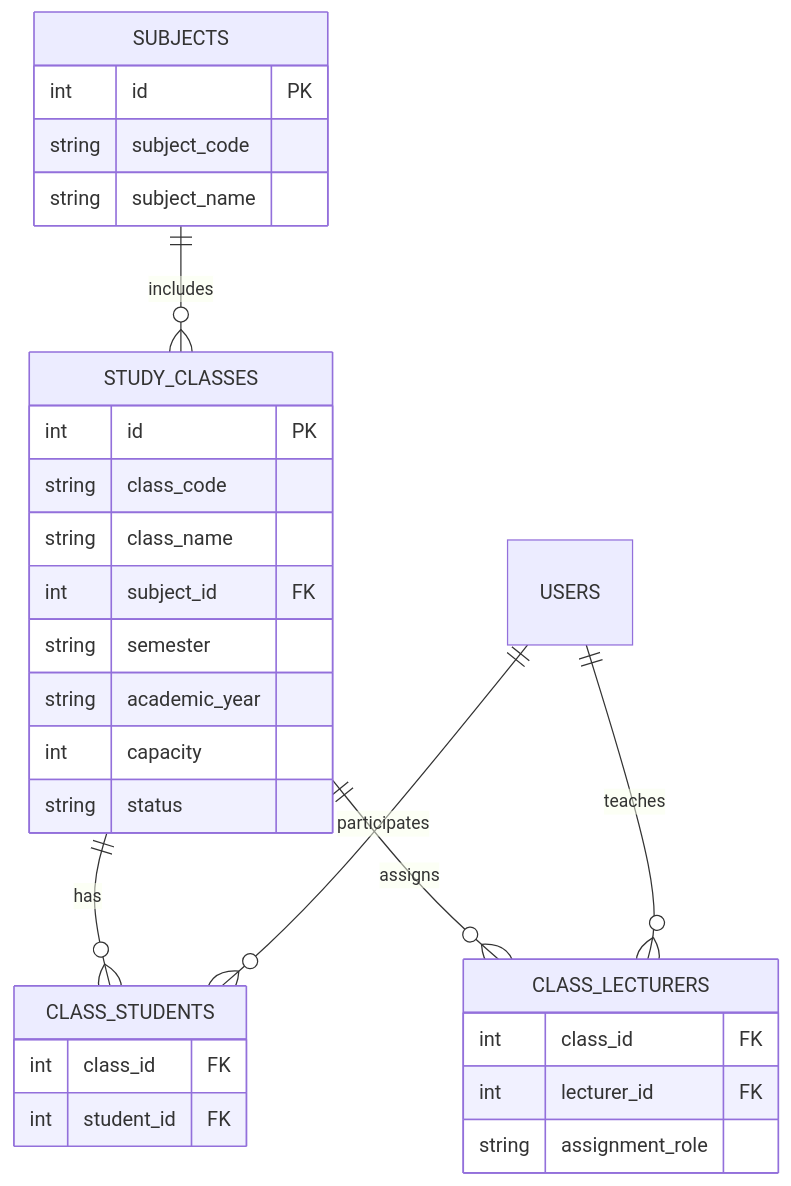
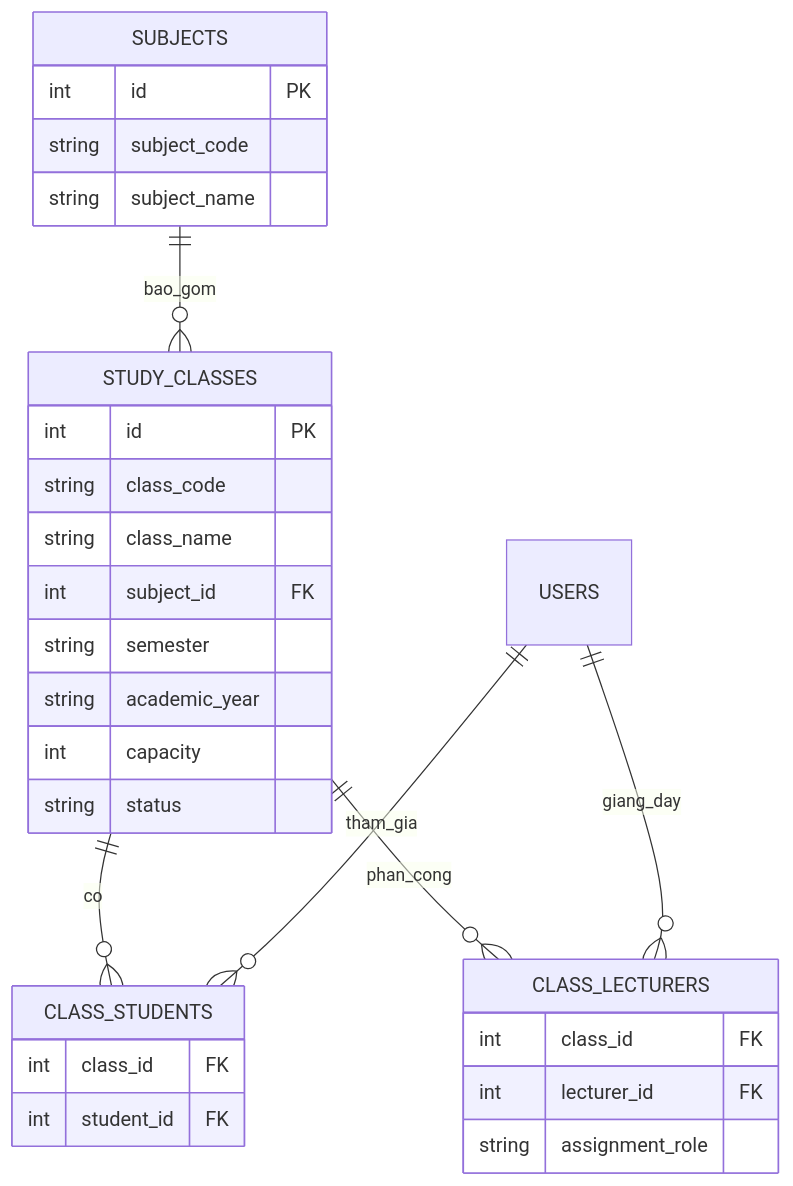
Before and after one commit to nguyenminhthien140906-dot/CNPM: the second of 2 diagrams in docs/FE03-class-management.md, drawn with Mermaid. The commit also changed other lines of this file, not shown here.

````diff
--- a/docs/FE03-class-management.md
+++ b/docs/FE03-class-management.md
@@ -229,36 +231,36 @@
 ```mermaid
 erDiagram
-    SUBJECTS ||--o{ STUDY_CLASSES : includes
-    STUDY_CLASSES ||--o{ CLASS_STUDENTS : has
-    USERS ||--o{ CLASS_STUDENTS : participates
-    STUDY_CLASSES ||--o{ CLASS_LECTURERS : assigns
-    USERS ||--o{ CLASS_LECTURERS : teaches
+    SUBJECTS ||--o{ STUDY_CLASSES : bao_gom
+    STUDY_CLASSES ||--o{ CLASS_STUDENTS : co
+    USERS ||--o{ CLASS_STUDENTS : tham_gia
+    STUDY_CLASSES ||--o{ CLASS_LECTURERS : phan_cong
+    USERS ||--o{ CLASS_LECTURERS : giang_day
 
     SUBJECTS {
         int id PK
         string subject_code
         string subject_name
     }
 
     STUDY_CLASSES {
         int id PK
         string class_code
         string class_name
         int subject_id FK
         string semester
         string academic_year
         int capacity
         string status
     }
 
     CLASS_STUDENTS {
         int class_id FK
         int student_id FK
     }
 
     CLASS_LECTURERS {
         int class_id FK
         int lecturer_id FK
         string assignment_role
     }
 ```
````
